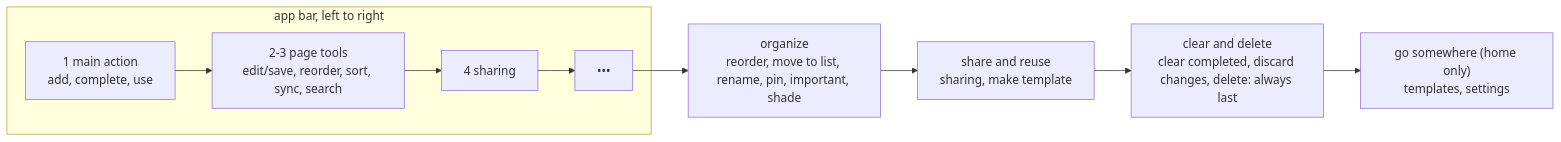
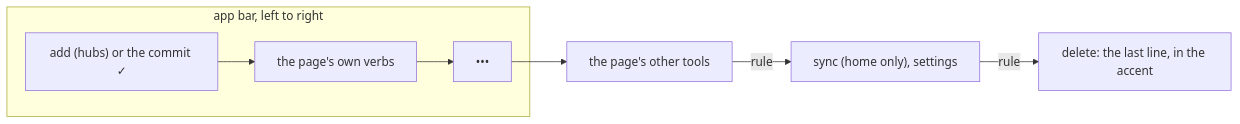
Before and after one commit to samekh248/duenorthtasks: the diagram in specs/008-menu-cleanup/spec.md, drawn with Mermaid. The commit also changed other lines of this file and 19 other files, not shown here.

````diff
--- a/specs/008-menu-cleanup/spec.md
+++ b/specs/008-menu-cleanup/spec.md
@@ -19,10 +20,9 @@
 ```mermaid
 flowchart LR
     subgraph Bar["app bar, left to right"]
-        B1["1 main action<br/>add, complete, use"] --> B2["2-3 page tools<br/>edit/save, reorder, sort, sync, search"] --> B4["4 sharing"] --> More["•••"]
+        B1["add (hubs) or the commit ✓"] --> B2["the page's own verbs"] --> More["•••"]
     end
-    More --> M1["organize<br/>reorder, move to list, rename, pin, important, shade"]
-    M1 --> M2["share and reuse<br/>sharing, make template"]
-    M2 --> M3["clear and delete<br/>clear completed, discard changes, delete: always last"]
-    M3 --> M4["go somewhere (home only)<br/>templates, settings"]
+    More --> M1["the page's other tools"]
+    M1 -->|rule| M2["sync (home only), settings"]
+    M2 -->|rule| M3["delete: the last line, in the accent"]
 ```
````
